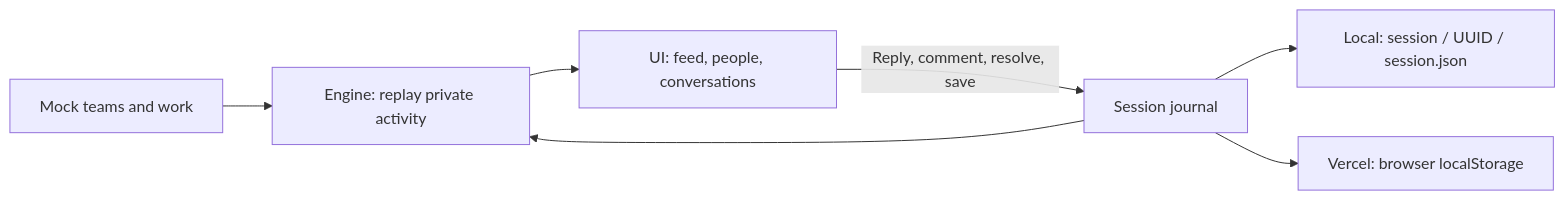
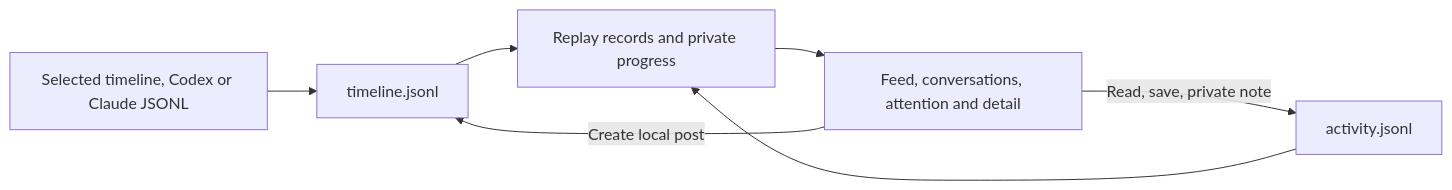
One commit to quirq-ai/instants changed the first of 2 diagrams in README.md. Above: the diagram before and after it, drawn with Mermaid. The commit also changed other lines of this file and 47 other files, not shown here.

Commit message:
Implement two-log agent timeline and private activity engine

````diff
--- a/README.md
+++ b/README.md
@@ -116,9 +120,9 @@
 ```mermaid
 flowchart LR
-    seed["Mock teams and work"] --> replay["Engine: replay private activity"]
-    journal["Session journal"] --> replay
-    replay --> ui["UI: feed, people, conversations"]
-    ui -->|"Reply, comment, resolve, save"| journal
-    journal --> local["Local: session / UUID / session.json"]
-    journal --> hosted["Vercel: browser localStorage"]
+    imports["Selected timeline, Codex or Claude JSONL"] --> timeline["timeline.jsonl"]
+    timeline --> replay["Replay records and private progress"]
+    activity["activity.jsonl"] --> replay
+    replay --> ui["Feed, conversations, attention and detail"]
+    ui -->|"Read, save, private note"| activity
+    ui -->|"Create local post"| timeline
 ```
````
